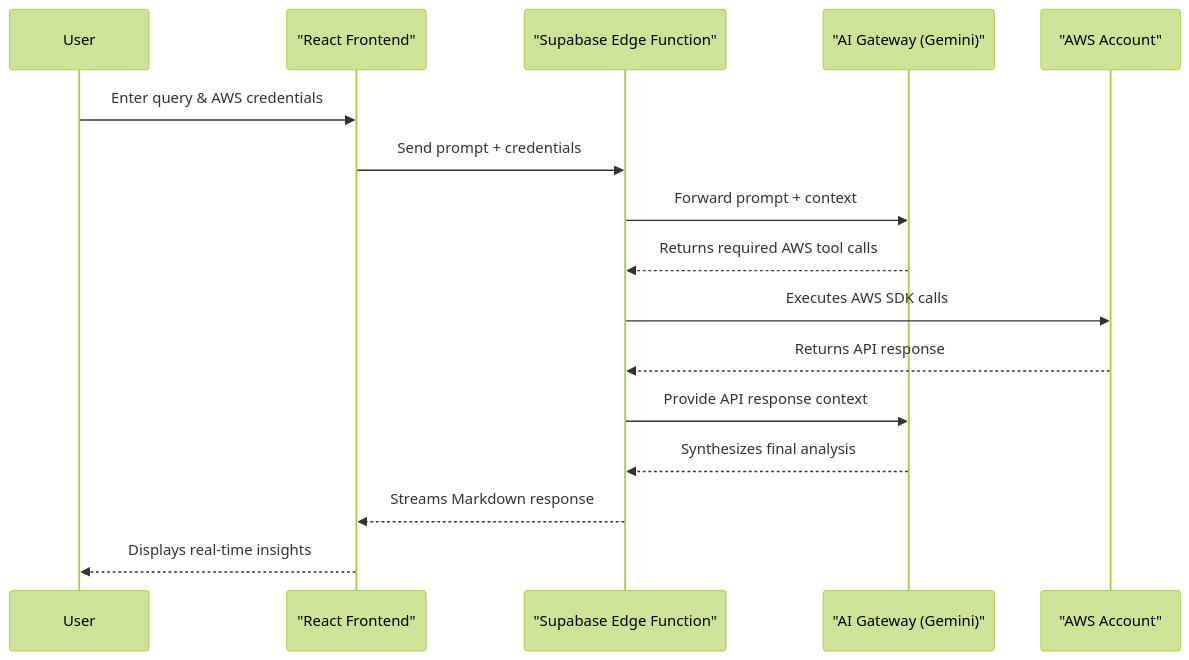
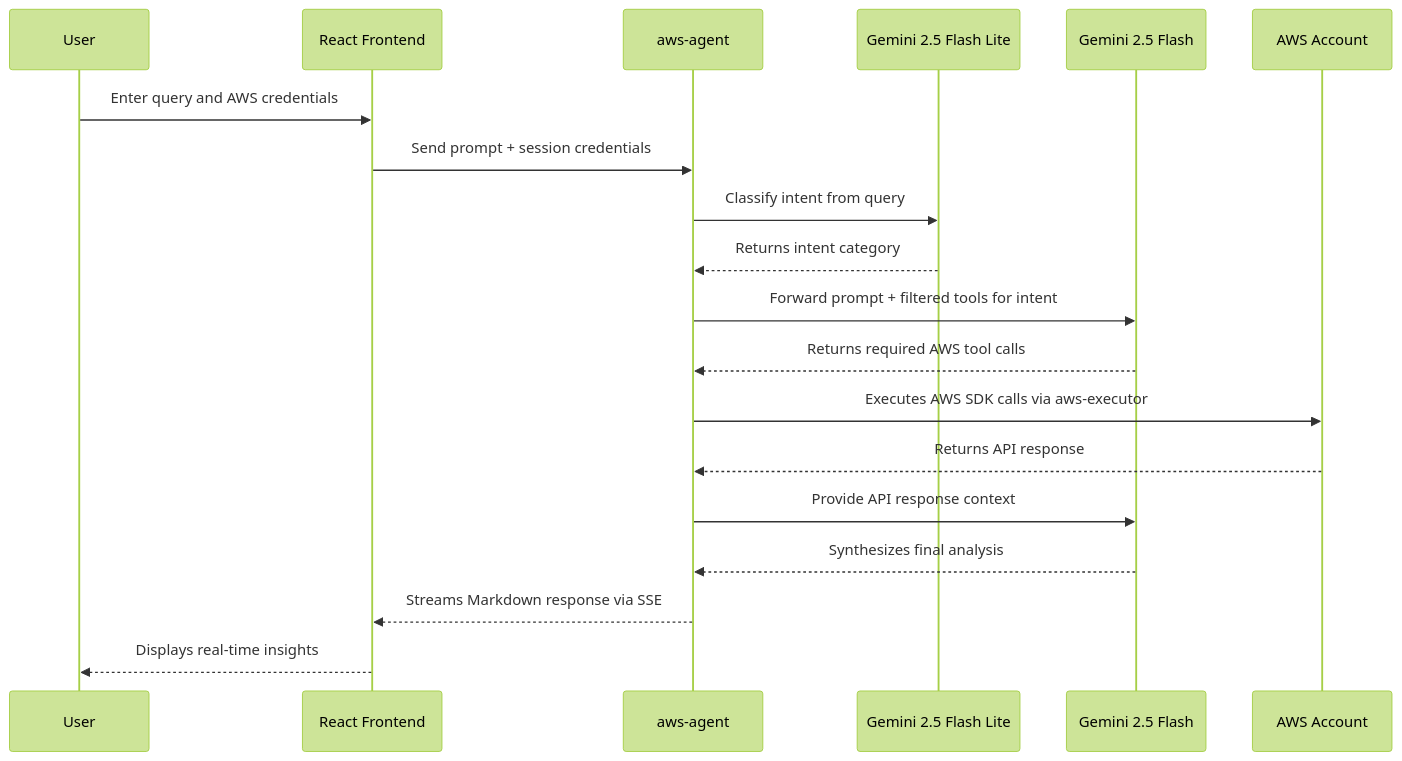
One commit to ritvikindupuri/aws-ai-agent changed the diagram in README.md. Above: the diagram before and after it, drawn with Mermaid (forest theme). The commit also changed other lines of this file and 1 other file, not shown here.

Commit message:
Fixed Mermaid docs rendering

````diff
--- a/README.md
+++ b/README.md
@@ -13,19 +13,22 @@
 ```mermaid
 sequenceDiagram
     participant User
-    participant Frontend as "React Frontend"
-    participant Edge as "Supabase Edge Function"
-    participant Gateway as "AI Gateway (Gemini)"
-    participant AWS as "AWS Account"
+    participant Frontend as React Frontend
+    participant Edge as aws-agent
+    participant Classifier as Gemini 2.5 Flash Lite
+    participant Gateway as Gemini 2.5 Flash
+    participant AWS as AWS Account
 
-    User->>Frontend: Enter query & AWS credentials
-    Frontend->>Edge: Send prompt + credentials
-    Edge->>Gateway: Forward prompt + context
+    User->>Frontend: Enter query and AWS credentials
+    Frontend->>Edge: Send prompt + session credentials
+    Edge->>Classifier: Classify intent from query
+    Classifier-->>Edge: Returns intent category
+    Edge->>Gateway: Forward prompt + filtered tools for intent
     Gateway-->>Edge: Returns required AWS tool calls
-    Edge->>AWS: Executes AWS SDK calls
+    Edge->>AWS: Executes AWS SDK calls via aws-executor
     AWS-->>Edge: Returns API response
     Edge->>Gateway: Provide API response context
     Gateway-->>Edge: Synthesizes final analysis
-    Edge-->>Frontend: Streams Markdown response
+    Edge-->>Frontend: Streams Markdown response via SSE
     Frontend-->>User: Displays real-time insights
 ```
````
